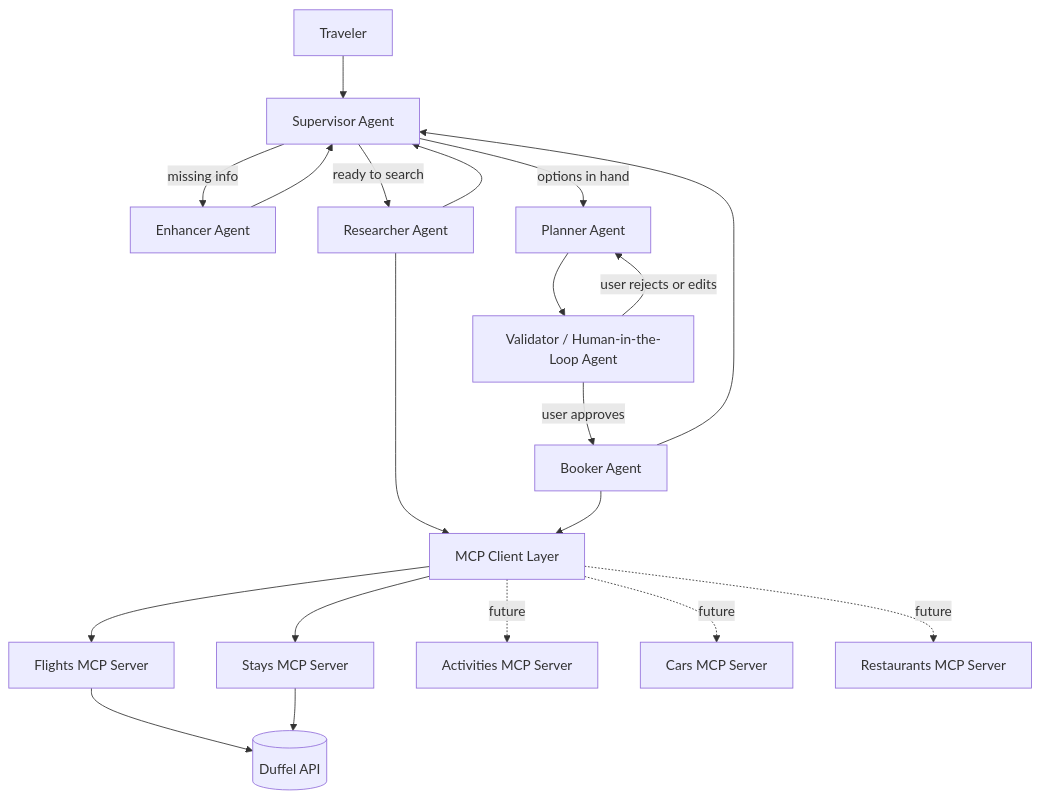
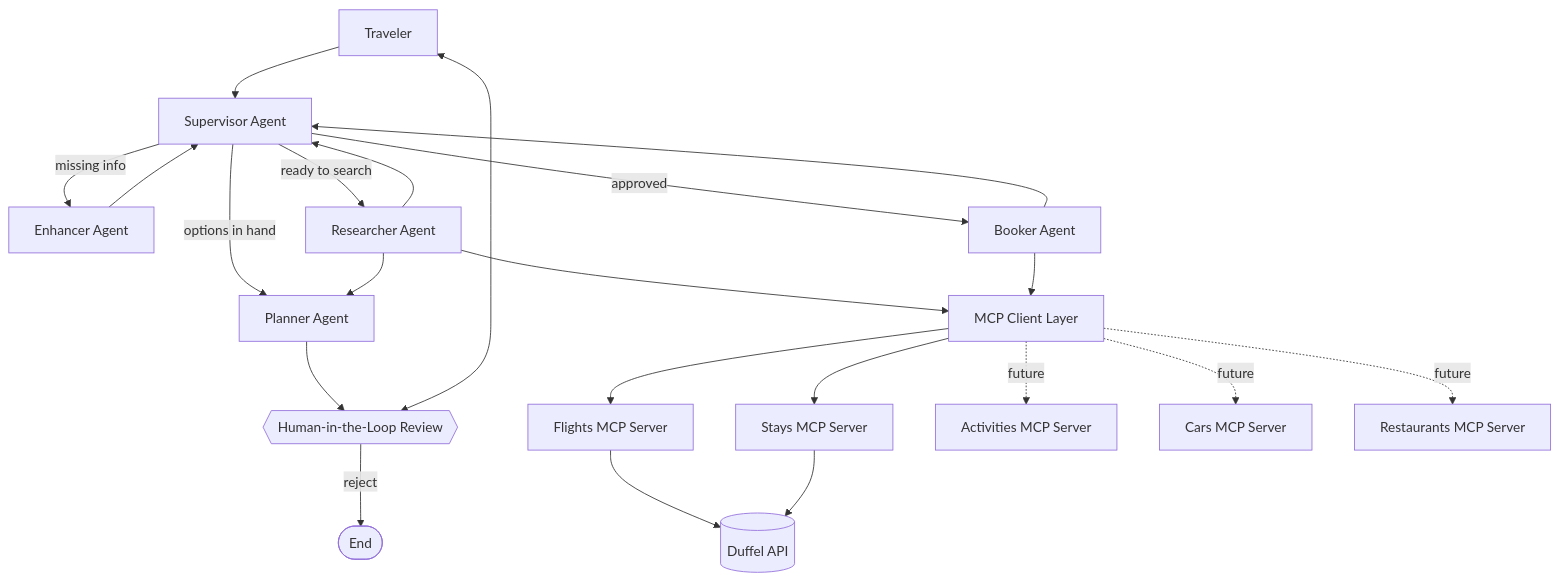
Before and after one commit to Minal18/ai-trip-planner-chatbot: the first of 9 diagrams in docs/architecture.md, drawn with Mermaid. The commit also changed other lines of this file, not shown here.

Commit message:
Update architecture doc

````diff
--- a/docs/architecture.md
+++ b/docs/architecture.md
@@ -19,29 +19,32 @@
 ```mermaid
 graph TD
     User[Traveler] --> Supervisor[Supervisor Agent]
 
     Supervisor -->|missing info| Enhancer[Enhancer Agent]
     Supervisor -->|ready to search| Researcher[Researcher Agent]
     Supervisor -->|options in hand| Planner[Planner Agent]
 
+    Researcher --> Planner
+
     Enhancer --> Supervisor
     Researcher --> Supervisor
-    Planner --> Validator[Validator / Human-in-the-Loop Agent]
 
-    Validator -->|user rejects or edits| Planner
-    Validator -->|user approves| Booker[Booker Agent]
+    Planner --> HITL{{Human-in-the-Loop Review}}
+    HITL <--> User
+    HITL -->|reject| End([End])
 
+    Supervisor -->|approved| Booker[Booker Agent]
     Booker --> Supervisor
 
     Researcher --> MCPClient[MCP Client Layer]
     Booker --> MCPClient
 
     MCPClient --> FlightsMCP[Flights MCP Server]
     MCPClient --> StaysMCP[Stays MCP Server]
     MCPClient -.future.-> ActivitiesMCP[Activities MCP Server]
     MCPClient -.future.-> CarsMCP[Cars MCP Server]
     MCPClient -.future.-> RestaurantsMCP[Restaurants MCP Server]
 
     FlightsMCP --> Duffel[(Duffel API)]
     StaysMCP --> Duffel
 ```
````
